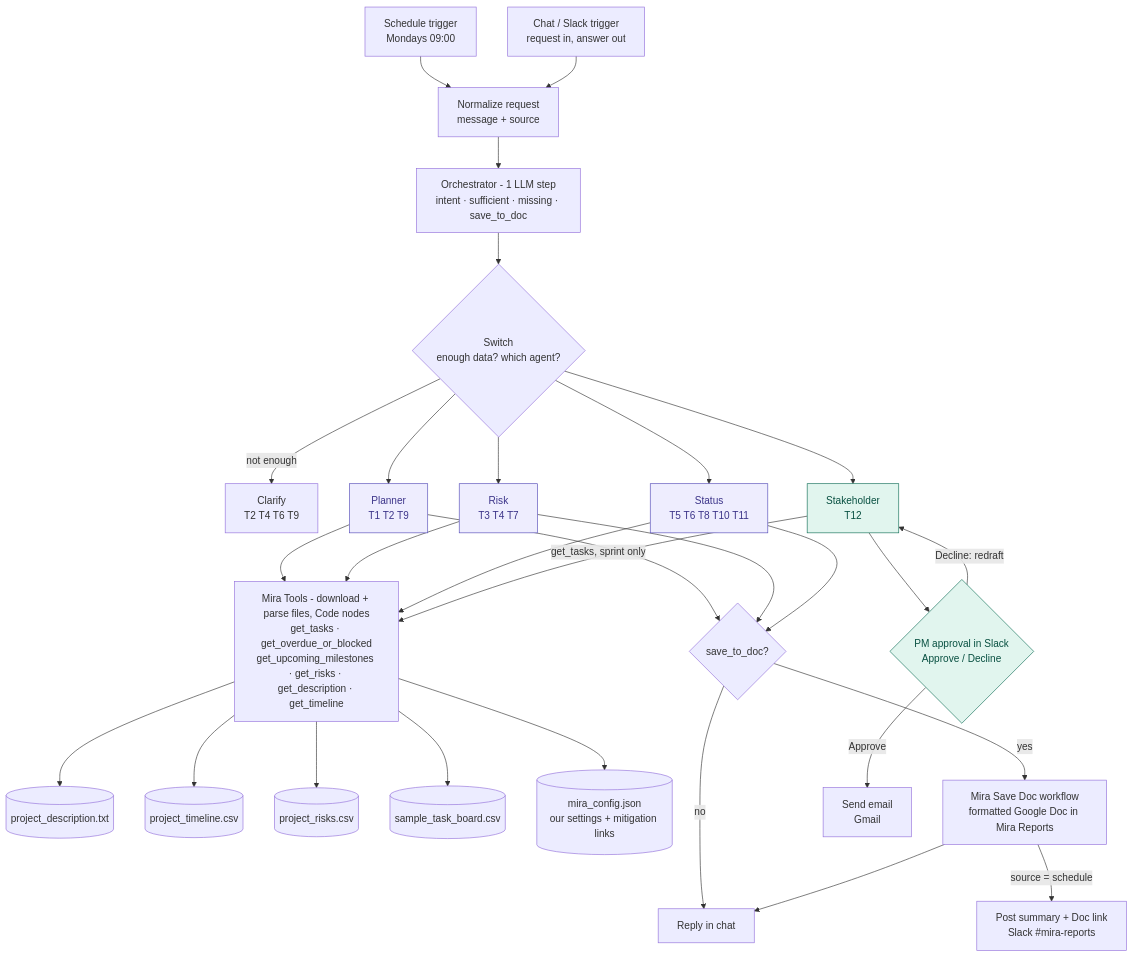
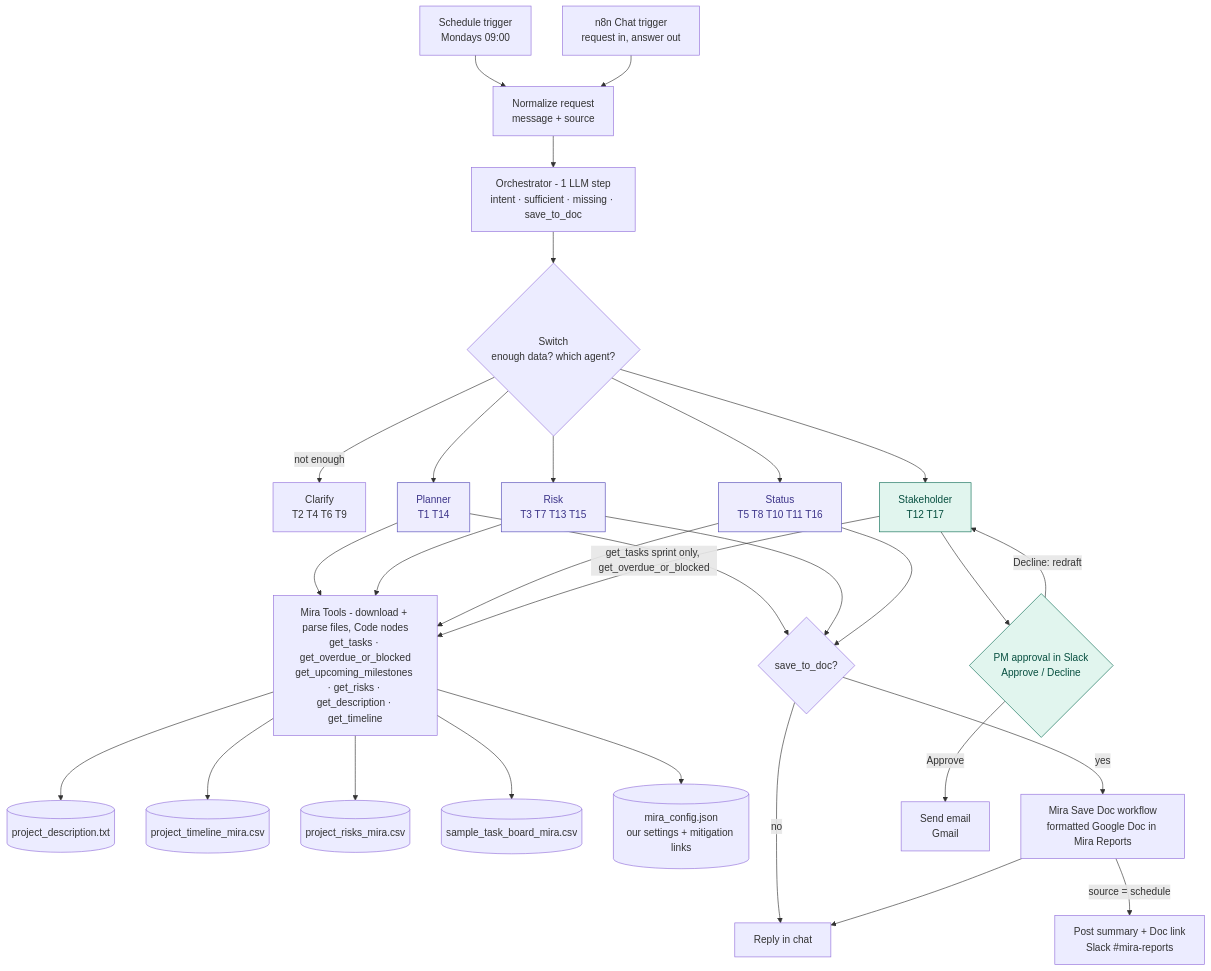
The diagram in docs/02_prd.md (colinm77/mira_capstone), drawn with Mermaid before and after one commit. The commit also changed other lines of this file, not shown here.

````diff
--- a/docs/02_prd.md
+++ b/docs/02_prd.md
@@ -75,33 +75,33 @@
 ```mermaid
 flowchart TD
     SCH[Schedule trigger<br/>Mondays 09:00] --> NR
-    U[Chat / Slack trigger<br/>request in, answer out] --> NR[Normalize request<br/>message + source]
+    U[n8n Chat trigger<br/>request in, answer out] --> NR[Normalize request<br/>message + source]
     NR --> O[Orchestrator - 1 LLM step<br/>intent · sufficient · missing · save_to_doc]
     O --> SW{Switch<br/>enough data? which agent?}
     SW -- not enough --> C[Clarify<br/>T2 T4 T6 T9]
-    SW --> P[Planner<br/>T1 T2 T9]
-    SW --> R[Risk<br/>T3 T4 T7]
-    SW --> ST[Status<br/>T5 T6 T8 T10 T11]
-    SW --> K[Stakeholder<br/>T12]
+    SW --> P[Planner<br/>T1 T14]
+    SW --> R[Risk<br/>T3 T7 T13 T15]
+    SW --> ST[Status<br/>T5 T8 T10 T11 T16]
+    SW --> K[Stakeholder<br/>T12 T17]
     P & R & ST --> TL
-    K -- get_tasks, sprint only --> TL
+    K -- get_tasks sprint only, get_overdue_or_blocked --> TL
     TL[Mira Tools - download + parse files, Code nodes<br/>get_tasks · get_overdue_or_blocked<br/>get_upcoming_milestones · get_risks · get_description · get_timeline]
     TL --> D1[(project_description.txt)]
-    TL --> D2[(project_timeline.csv)]
-    TL --> D3[(project_risks.csv)]
-    TL --> D4[(sample_task_board.csv)]
+    TL --> D2[(project_timeline_mira.csv)]
+    TL --> D3[(project_risks_mira.csv)]
+    TL --> D4[(sample_task_board_mira.csv)]
     TL --> D5[(mira_config.json<br/>our settings + mitigation links)]
     P & R & ST --> SV{save_to_doc?}
     SV -- yes --> GD[Mira Save Doc workflow<br/>formatted Google Doc in Mira Reports]
     SV -- no --> RP[Reply in chat]
     GD --> RP
     GD -- source = schedule --> SL[Post summary + Doc link<br/>Slack #mira-reports]
     K --> H{PM approval in Slack<br/>Approve / Decline}
     H -- Approve --> E[Send email<br/>Gmail]
     H -- Decline: redraft --> K
 
     classDef core fill:#EEEDFE,stroke:#534AB7,color:#3C3489
     classDef ext fill:#E1F5EE,stroke:#0F6E56,color:#085041
     class P,R,ST core
     class K,H ext
 ```
````
